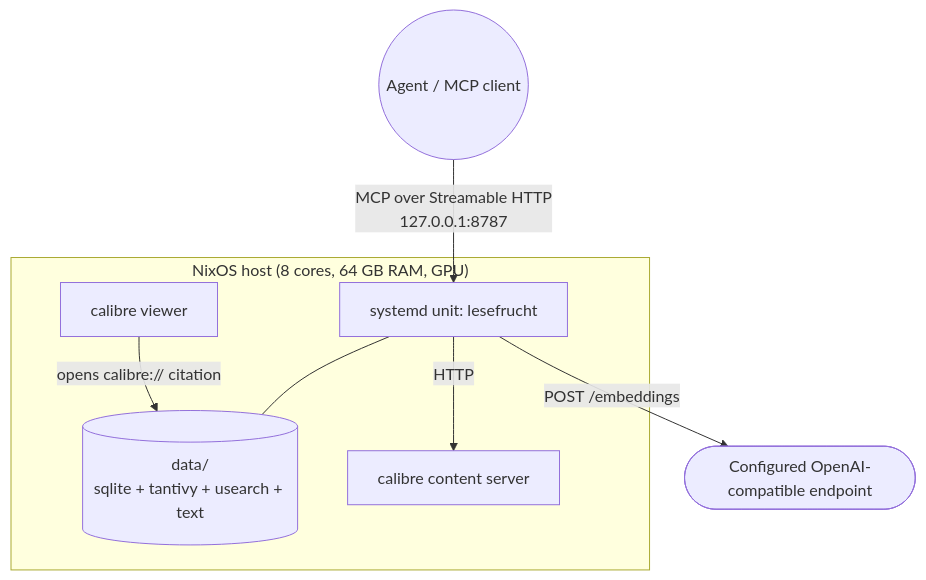
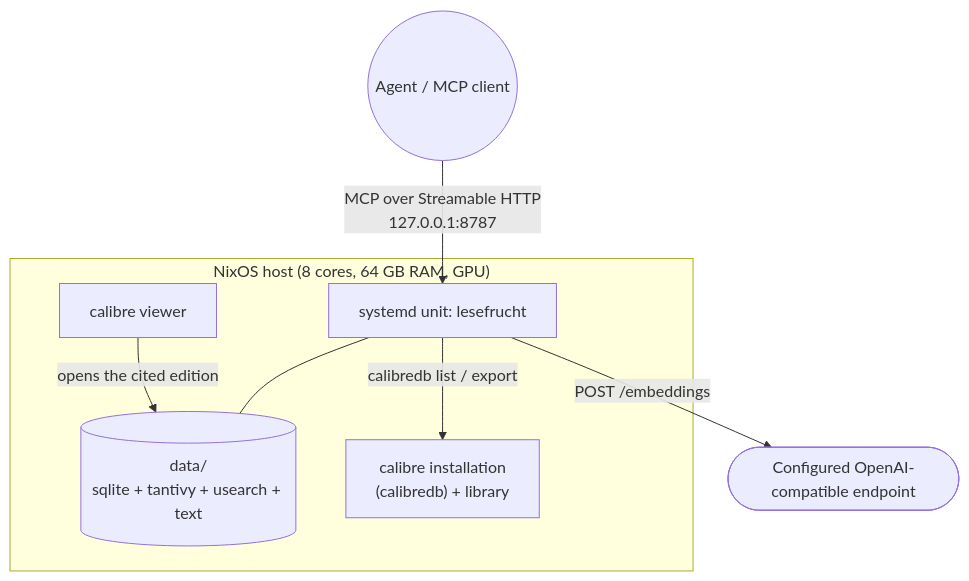
Before and after one commit to kressnerd/lesefrucht: the first of 2 diagrams in docs/arc42/07-deployment-view.md, drawn with Mermaid. The commit also changed other lines of this file and 23 other files, not shown here.

````diff
--- a/docs/arc42/07-deployment-view.md
+++ b/docs/arc42/07-deployment-view.md
@@ -5,17 +5,17 @@
 ```mermaid
 flowchart TB
   subgraph host["NixOS host (8 cores, 64 GB RAM, GPU)"]
     SVC["systemd unit: lesefrucht"]
     DATA[("data/<br/>sqlite + tantivy + usearch + text")]
-    CAL["calibre content server"]
+    CAL["calibre installation<br/>(calibredb) + library"]
     VIEW["calibre viewer"]
     SVC --- DATA
-    SVC -->|"HTTP"| CAL
+    SVC -->|"calibredb list / export"| CAL
   end
   AGENT(("Agent / MCP client"))
   EP(["Configured OpenAI-compatible endpoint"])
 
   AGENT -->|"MCP over Streamable HTTP<br/>127.0.0.1:8787"| SVC
   SVC -->|"POST /embeddings"| EP
-  VIEW -->|"opens calibre:// citation"| DATA
+  VIEW -->|"opens the cited edition"| DATA
 ```
````
